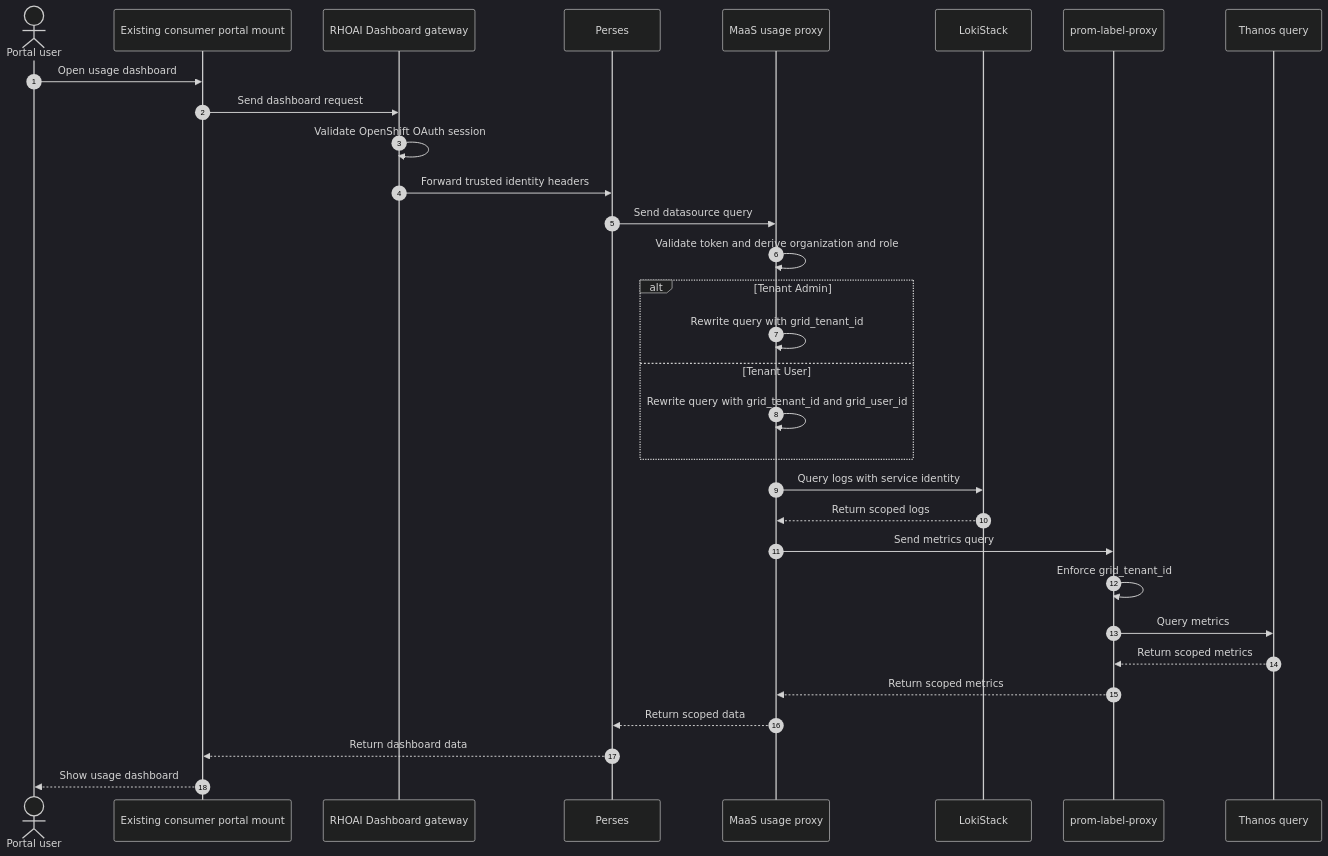
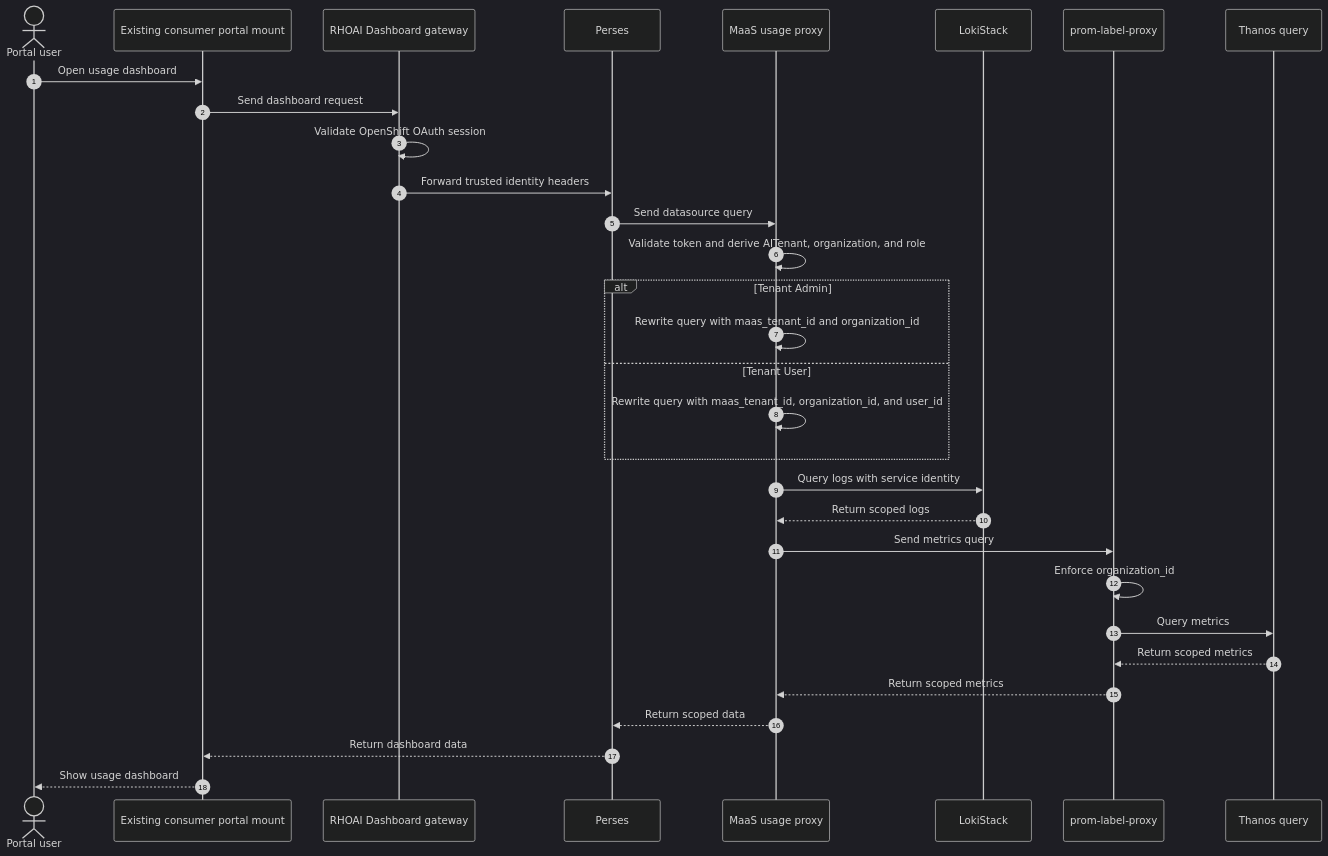
Before and after one commit to opendatahub-io/architecture-decision-records: the third of 3 diagrams in architecture-decision-records/model-serving/ODH-ADR-MS-0009-maas-usage-dashboard-oidc-authorization-and-data-scoping.md, drawn with Mermaid (dark theme). The commit also changed other lines of this file, not shown here.

````diff
--- a/architecture-decision-records/model-serving/ODH-ADR-MS-0009-maas-usage-dashboard-oidc-authorization-and-data-scoping.md
+++ b/architecture-decision-records/model-serving/ODH-ADR-MS-0009-maas-usage-dashboard-oidc-authorization-and-data-scoping.md
@@ -140,36 +157,36 @@
 ```mermaid
 sequenceDiagram
   autonumber
   actor User as Portal user
   participant UI as Existing consumer portal mount
   participant Gateway as RHOAI Dashboard gateway
   participant Perses as Perses
   participant Usage as MaaS usage proxy
   participant Loki as LokiStack
   participant Label as prom-label-proxy
   participant Thanos as Thanos query
 
   User->>UI: Open usage dashboard
   UI->>Gateway: Send dashboard request
   Gateway->>Gateway: Validate OpenShift OAuth session
   Gateway->>Perses: Forward trusted identity headers
   Perses->>Usage: Send datasource query
-  Usage->>Usage: Validate token and derive organization and role
+  Usage->>Usage: Validate token and derive AITenant, organization, and role
 
   alt Tenant Admin
-    Usage->>Usage: Rewrite query with grid_tenant_id
+    Usage->>Usage: Rewrite query with maas_tenant_id and organization_id
   else Tenant User
-    Usage->>Usage: Rewrite query with grid_tenant_id and grid_user_id
+    Usage->>Usage: Rewrite query with maas_tenant_id, organization_id, and user_id
   end
 
   Usage->>Loki: Query logs with service identity
   Loki-->>Usage: Return scoped logs
   Usage->>Label: Send metrics query
-  Label->>Label: Enforce grid_tenant_id
+  Label->>Label: Enforce organization_id
   Label->>Thanos: Query metrics
   Thanos-->>Label: Return scoped metrics
   Label-->>Usage: Return scoped metrics
   Usage-->>Perses: Return scoped data
   Perses-->>UI: Return dashboard data
   UI-->>User: Show usage dashboard
 ```
````
